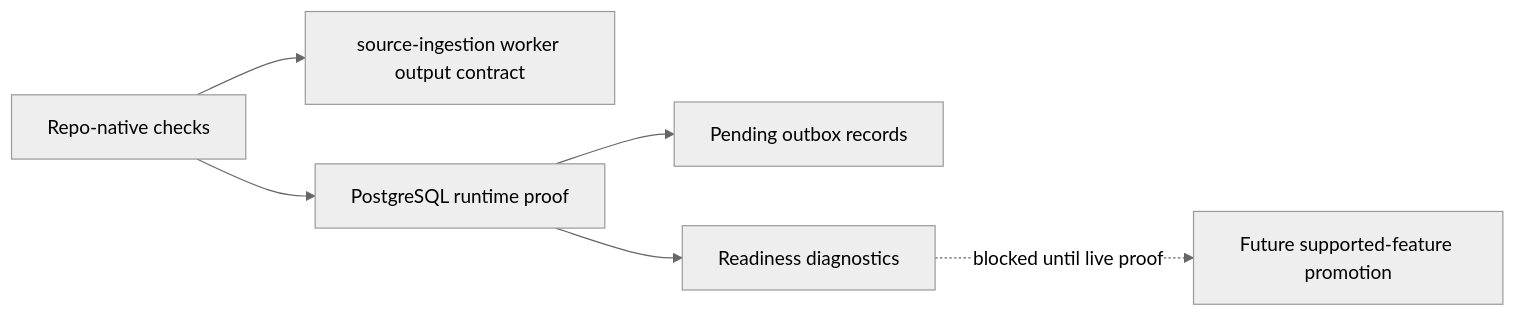
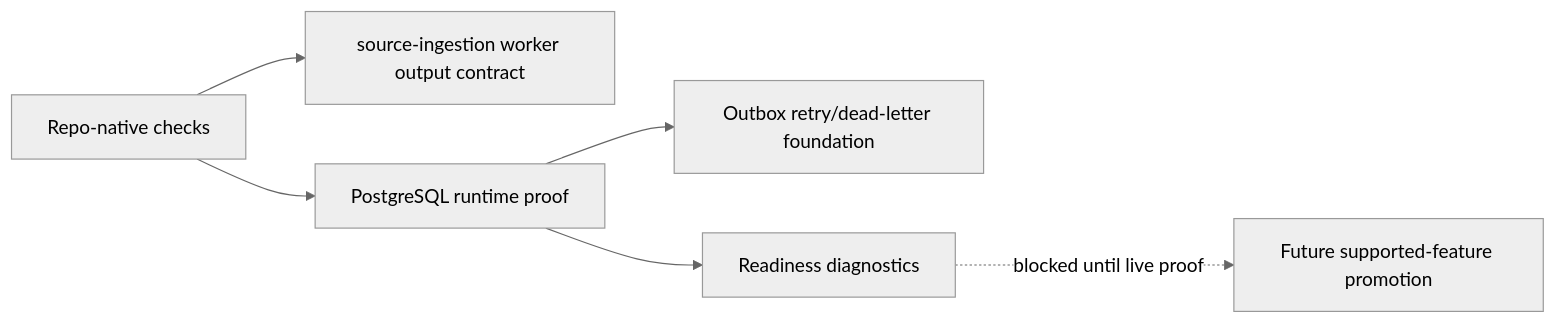
Before and after one commit to sgajbi/lotus-idea: the diagram in wiki/Operations-Runbook.md, drawn with Mermaid (neutral theme). The commit also changed other lines of this file and 10 other files, not shown here.

Commit message:
Document outbox delivery foundation truth

````diff
--- a/wiki/Operations-Runbook.md
+++ b/wiki/Operations-Runbook.md
@@ -103,15 +104,15 @@
 ```mermaid
 flowchart LR
     Checks["Repo-native checks"]
     SourceGate["source-ingestion worker output contract"]
     RuntimeProof["PostgreSQL runtime proof"]
-    Outbox["Pending outbox records"]
+    Outbox["Outbox retry/dead-letter foundation"]
     Readiness["Readiness diagnostics"]
     Promotion["Future supported-feature promotion"]
 
     Checks --> SourceGate
     Checks --> RuntimeProof
     RuntimeProof --> Outbox
     RuntimeProof --> Readiness
     Readiness -. "blocked until live proof" .-> Promotion
 ```
````
